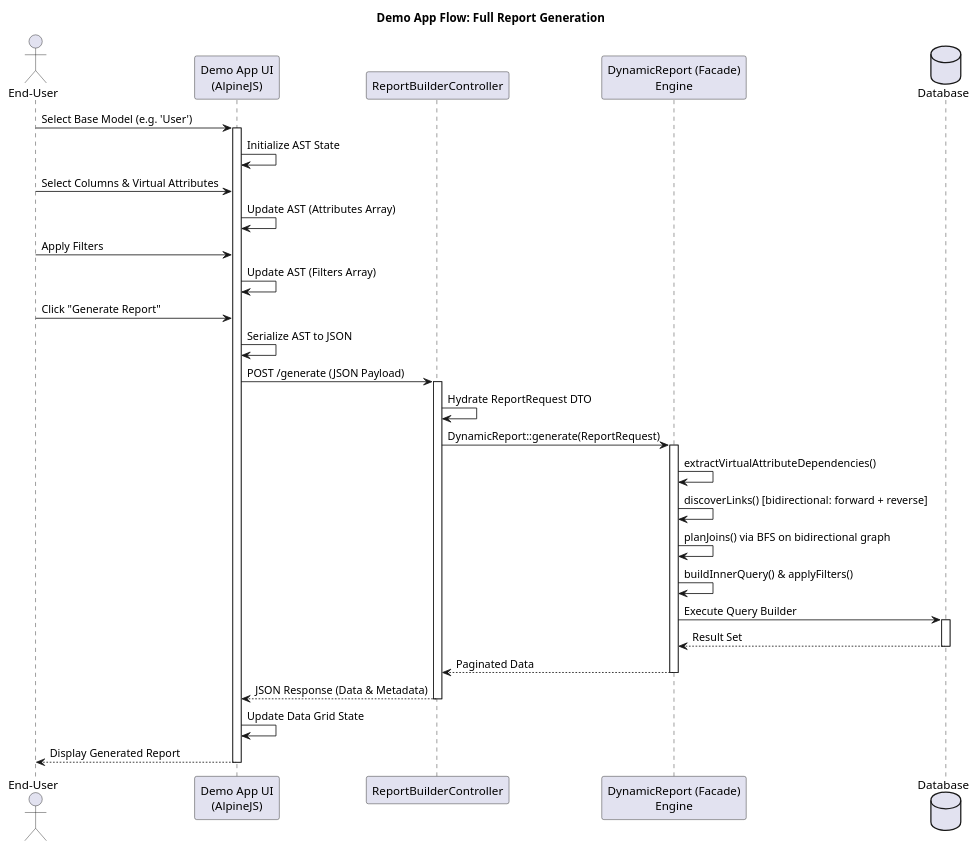
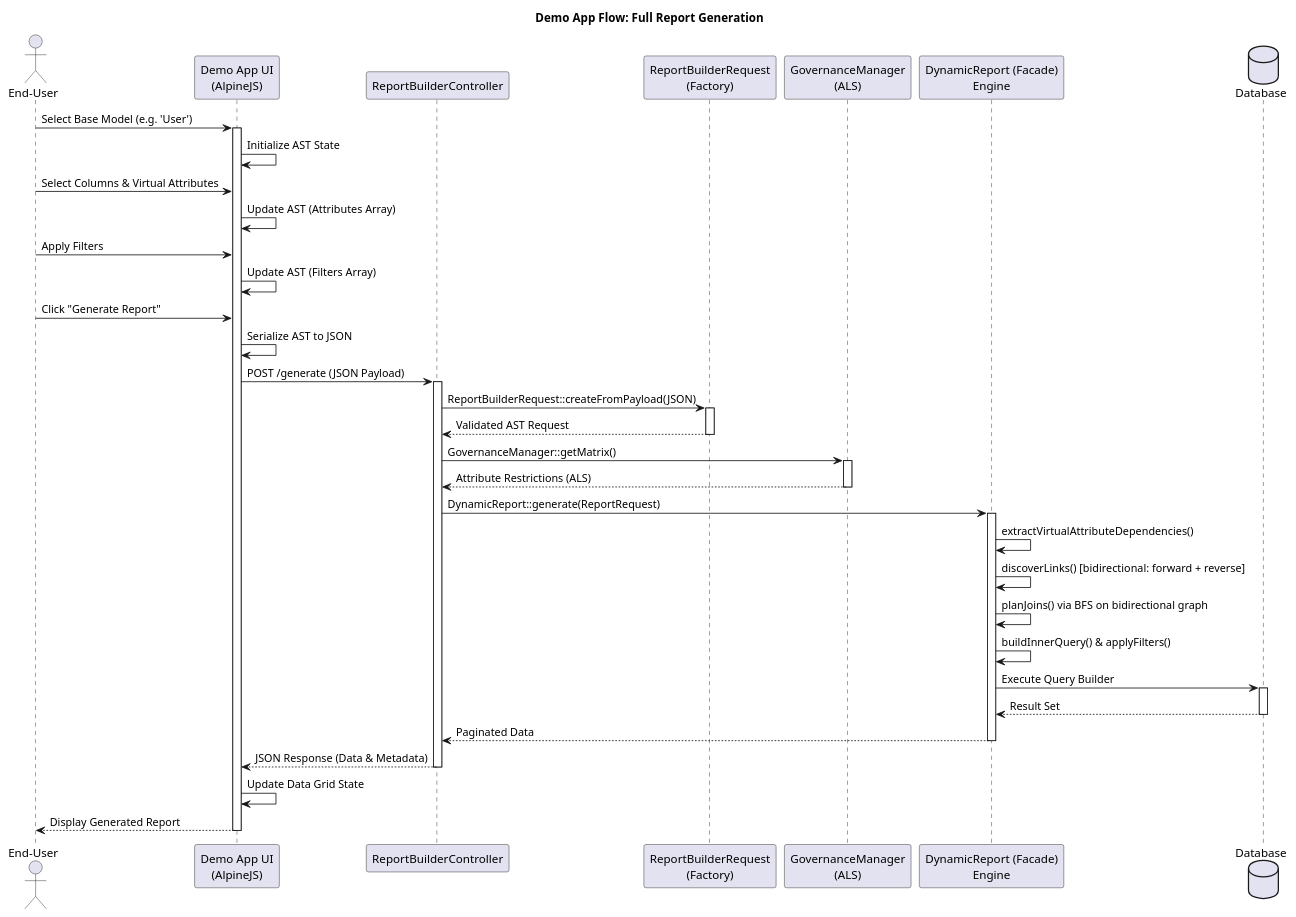
One commit to nisalatp/iStore changed the diagram in demo-doc/diagrams/01_report_generation_flow.puml. Above: the diagram before and after it, drawn with PlantUML. The commit also changed 29 other files, not shown here.

Commit message:
feat(docs): update architecture documentation, AST reference, and cross-framework examples

```diff
--- a/demo-doc/diagrams/01_report_generation_flow.puml
+++ b/demo-doc/diagrams/01_report_generation_flow.puml
@@ -1,47 +1,57 @@
 @startuml Report Generation Flow
 title Demo App Flow: Full Report Generation
 
 actor "End-User" as User
 participant "Demo App UI\n(AlpineJS)" as UI
 participant "ReportBuilderController" as Controller
+participant "ReportBuilderRequest\n(Factory)" as Factory
+participant "GovernanceManager\n(ALS)" as Governance
 participant "DynamicReport (Facade)\nEngine" as Engine
 database "Database" as DB
 
 User -> UI : Select Base Model (e.g. 'User')
 activate UI
 UI -> UI : Initialize AST State
 
 User -> UI : Select Columns & Virtual Attributes
 UI -> UI : Update AST (Attributes Array)
 
 User -> UI : Apply Filters
 UI -> UI : Update AST (Filters Array)
 
 User -> UI : Click "Generate Report"
 UI -> UI : Serialize AST to JSON
 UI -> Controller : POST /generate (JSON Payload)
 activate Controller
 
-Controller -> Controller : Hydrate ReportRequest DTO
+Controller -> Factory : ReportBuilderRequest::createFromPayload(JSON)
+activate Factory
+Factory --> Controller : Validated AST Request
+deactivate Factory
+
+Controller -> Governance : GovernanceManager::getMatrix()
+activate Governance
+Governance --> Controller : Attribute Restrictions (ALS)
+deactivate Governance
 
 Controller -> Engine : DynamicReport::generate(ReportRequest)
 activate Engine
 Engine -> Engine : extractVirtualAttributeDependencies()
 Engine -> Engine : discoverLinks() [bidirectional: forward + reverse]
 Engine -> Engine : planJoins() via BFS on bidirectional graph
 Engine -> Engine : buildInnerQuery() & applyFilters()
 Engine -> DB : Execute Query Builder
 activate DB
 DB --> Engine : Result Set
 deactivate DB
 Engine --> Controller : Paginated Data
 deactivate Engine
 
 Controller --> UI : JSON Response (Data & Metadata)
 deactivate Controller
 
 UI -> UI : Update Data Grid State
 UI --> User : Display Generated Report
 deactivate UI
 
 @enduml
```
